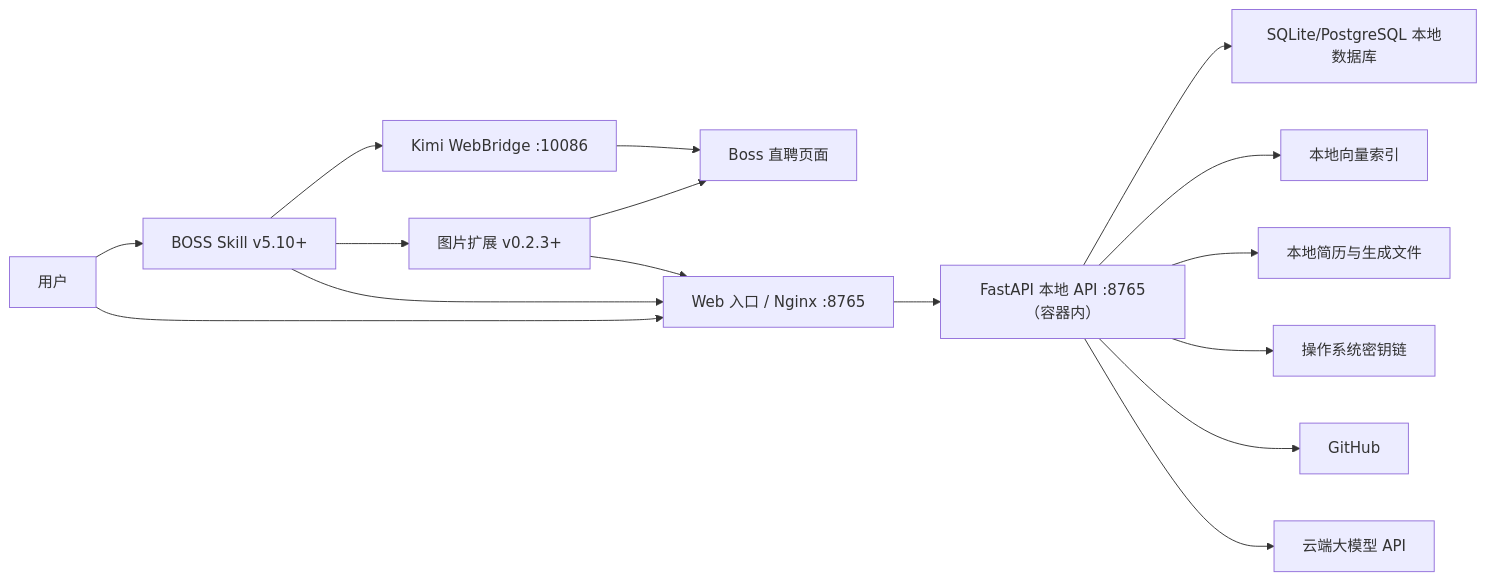
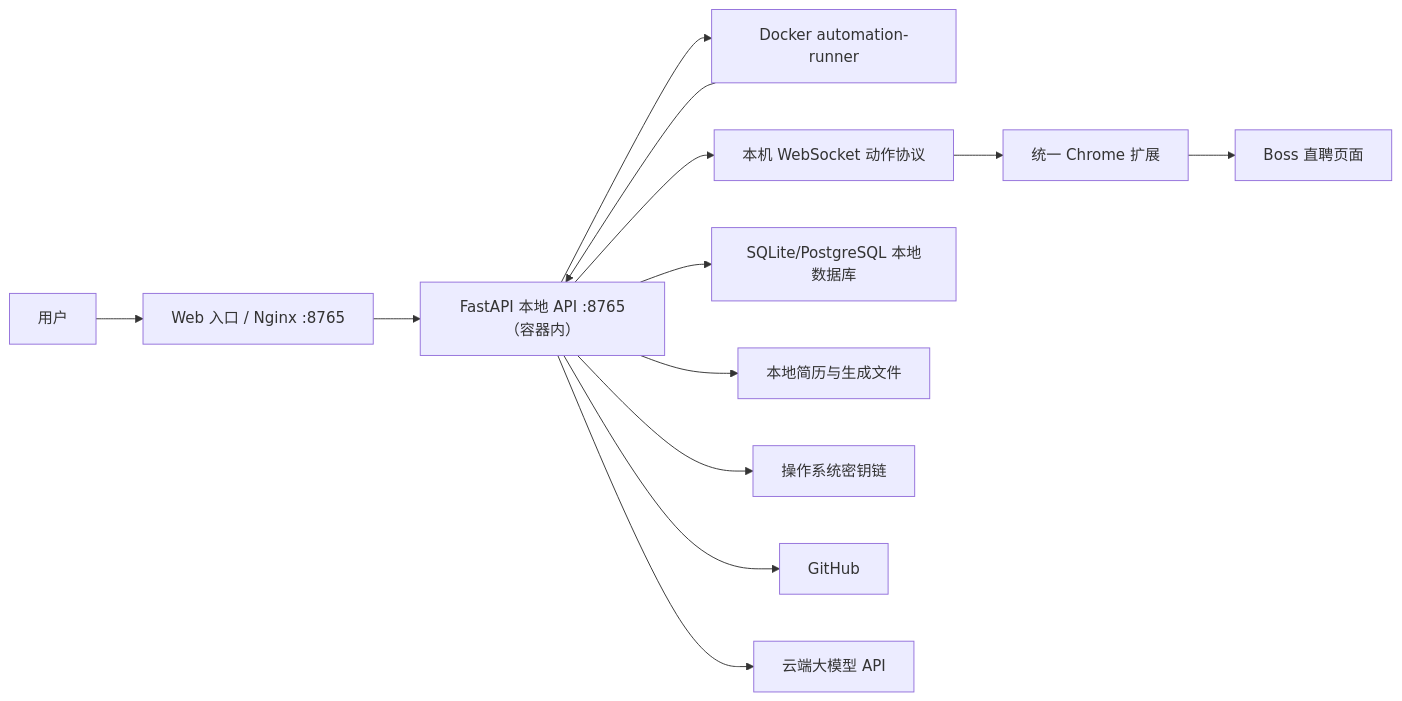
The first of 5 diagrams in docs/ARCHITECTURE.md (a764506248/Job-Search-Assistant), drawn with Mermaid before and after one commit. The commit also changed other lines of this file and 93 other files, not shown here.

````diff
--- a/docs/ARCHITECTURE.md
+++ b/docs/ARCHITECTURE.md
@@ -16,19 +16,16 @@
 ```mermaid
 flowchart LR
-    U["用户"] --> SKILL["BOSS Skill v5.10+"]
-    SKILL --> KIMI["Kimi WebBridge :10086"]
-    KIMI --> BOSS["Boss 直聘页面"]
-    SKILL --> IMGEXT["图片扩展 v0.2.3+"]
-    IMGEXT --> BOSS
-    IMGEXT --> WEB["Web 入口 / Nginx :8765"]
-    SKILL --> WEB
-    U --> WEB
+    U["用户"] --> WEB["Web 入口 / Nginx :8765"]
     WEB --> API["FastAPI 本地 API :8765（容器内）"]
+    API --> RUNNER["Docker automation-runner"]
+    API --> WS["本机 WebSocket 动作协议"]
+    WS --> EXT["统一 Chrome 扩展"]
+    RUNNER --> API
+    EXT --> BOSS["Boss 直聘页面"]
 
     API --> DB["SQLite/PostgreSQL 本地数据库"]
-    API --> VEC["本地向量索引"]
     API --> FILES["本地简历与生成文件"]
     API --> KEYCHAIN["操作系统密钥链"]
     API --> GITHUB["GitHub"]
     API --> LLM["云端大模型 API"]
 ```
````
